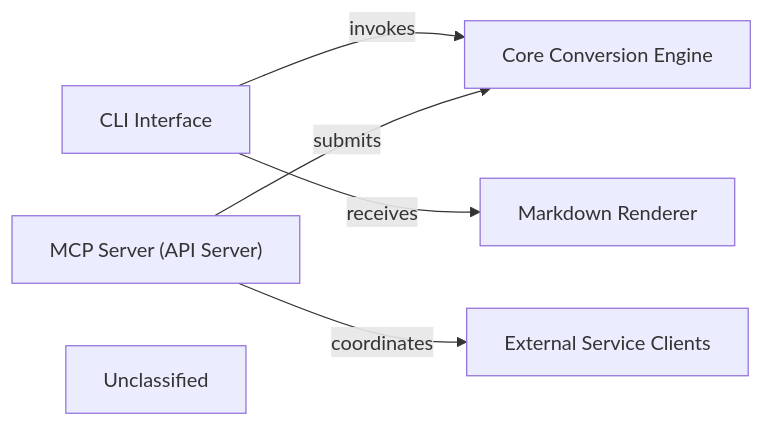
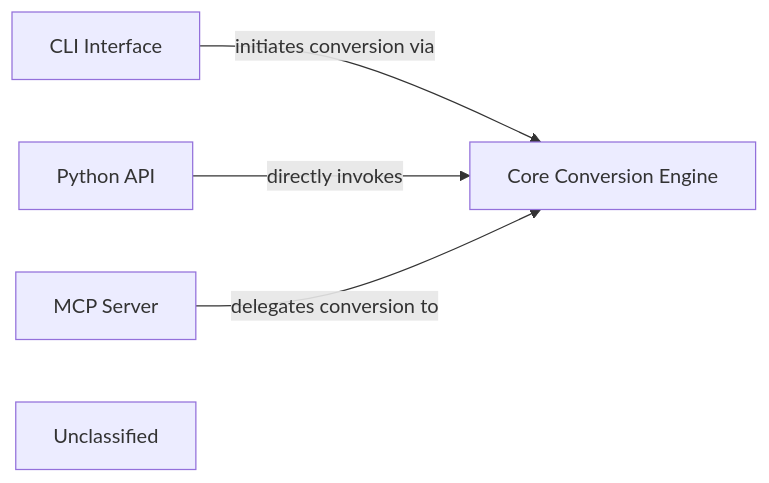
One commit to CodeBoarding/GeneratedOnBoardings changed the diagram in markitdown/User_Interfaces.md. Above: the diagram before and after it, drawn with Mermaid. The commit also changed other lines of this file and 6 other files, not shown here.

````diff
--- a/markitdown/User_Interfaces.md
+++ b/markitdown/User_Interfaces.md
@@ -1,14 +1,12 @@
 ```mermaid
 graph LR
     CLI_Interface["CLI Interface"]
-    MCP_Server_API_Server_["MCP Server (API Server)"]
+    Python_API["Python API"]
+    MCP_Server["MCP Server"]
     Core_Conversion_Engine["Core Conversion Engine"]
-    Markdown_Renderer["Markdown Renderer"]
-    External_Service_Clients["External Service Clients"]
     Unclassified["Unclassified"]
-    CLI_Interface -- "invokes" --> Core_Conversion_Engine
-    CLI_Interface -- "receives" --> Markdown_Renderer
-    MCP_Server_API_Server_ -- "submits" --> Core_Conversion_Engine
-    MCP_Server_API_Server_ -- "coordinates" --> External_Service_Clients
+    CLI_Interface -- "initiates conversion via" --> Core_Conversion_Engine
+    Python_API -- "directly invokes" --> Core_Conversion_Engine
+    MCP_Server -- "delegates conversion to" --> Core_Conversion_Engine
     click Core_Conversion_Engine href "https://github.com/CodeBoarding/GeneratedOnBoardings/blob/main/markitdown/Core_Conversion_Engine.md" "Details"
 ```
````
